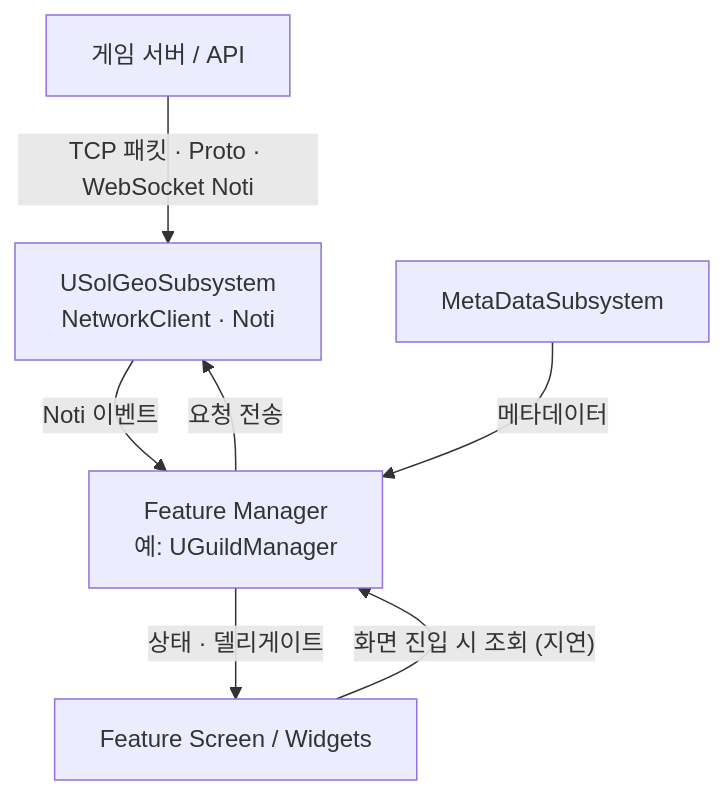
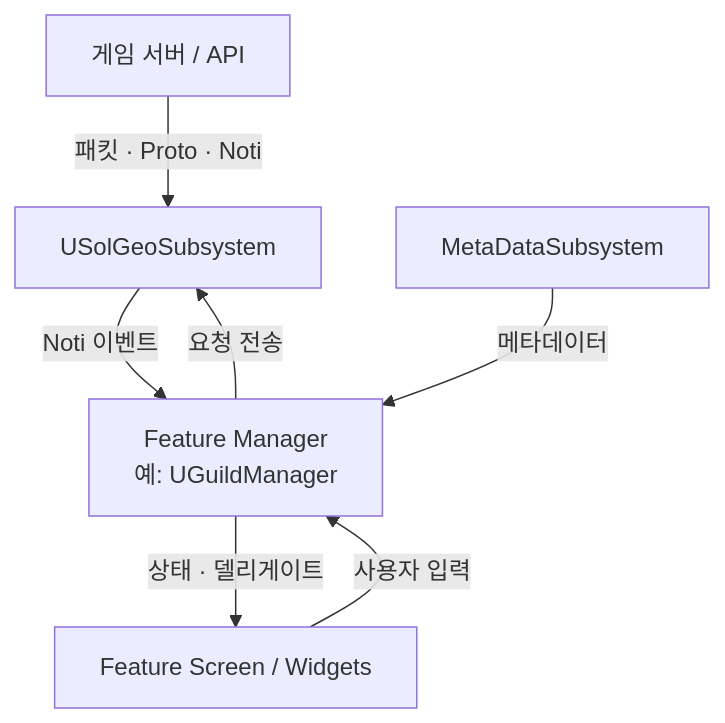
The diagram in content/projects/sol-content.md (LimHyun-ji/LimHyun-ji.github.io), drawn with Mermaid before and after one commit. The commit also changed other lines of this file and 14 other files, not shown here.

```diff
--- a/content/projects/sol-content.md
+++ b/content/projects/sol-content.md
@@ -66,9 +59,9 @@
 <div class="mermaid">
 flowchart TD
-  SV["게임 서버 / API"] -->|"TCP 패킷 · Proto · WebSocket Noti"| GEO["USolGeoSubsystem<br/>NetworkClient · Noti"]
+  SV["게임 서버 / API"] -->|"패킷 · Proto · Noti"| GEO["USolGeoSubsystem"]
   GEO -->|"Noti 이벤트"| MGR["Feature Manager<br/>예: UGuildManager"]
   META["MetaDataSubsystem"] -->|"메타데이터"| MGR
   MGR -->|"상태 · 델리게이트"| UI["Feature Screen / Widgets"]
-  UI -->|"화면 진입 시 조회 (지연)"| MGR
+  UI -->|"사용자 입력"| MGR
   MGR -->|"요청 전송"| GEO
 </div>
```
